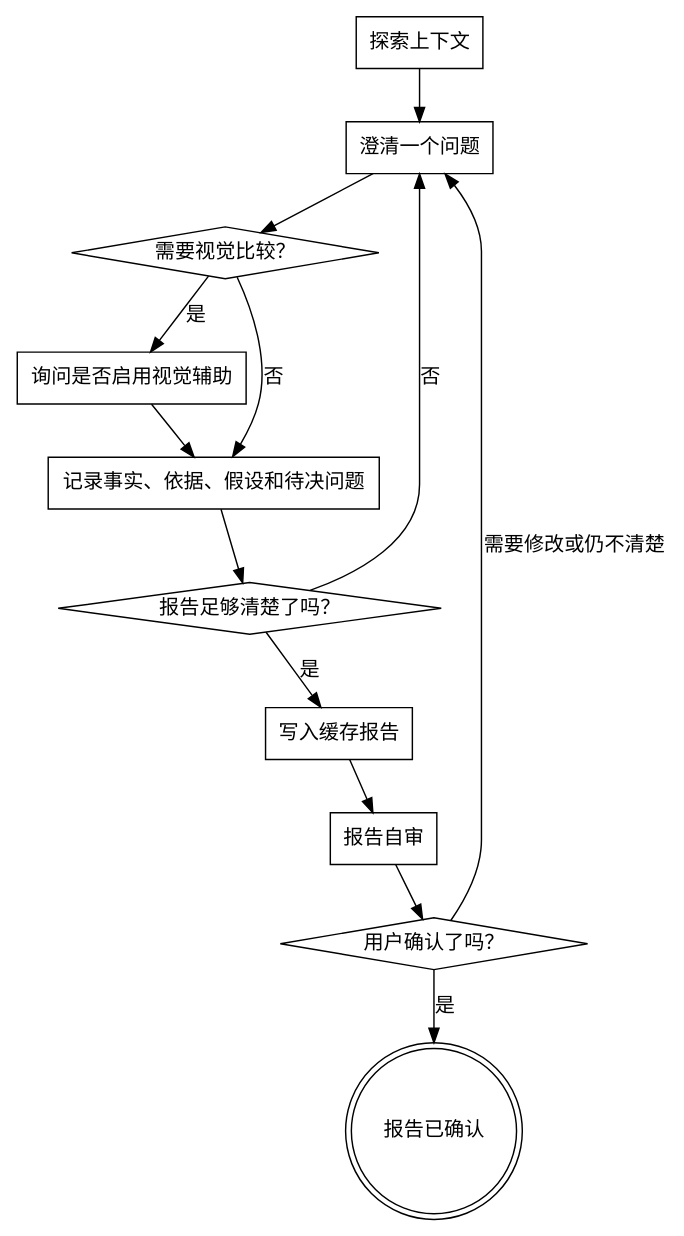
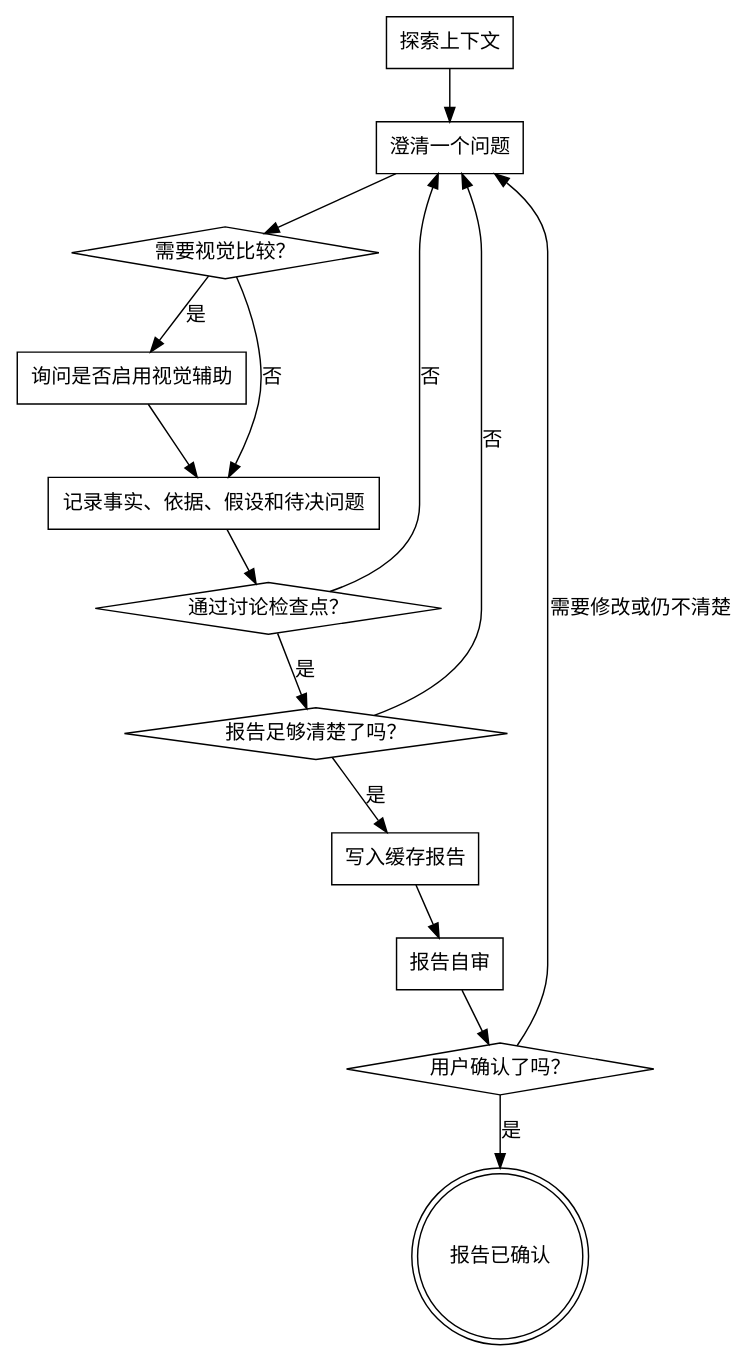
Before and after one commit to Aturan/skills: the diagram in skills/brainstorming/SKILL-zh.md, drawn with Graphviz. The commit also changed other lines of this file and 1 other file, not shown here.

````diff
--- a/skills/brainstorming/SKILL-zh.md
+++ b/skills/brainstorming/SKILL-zh.md
@@ -20,27 +26,30 @@
 ```dot
 digraph brainstorming {
     "探索上下文" [shape=box];
     "澄清一个问题" [shape=box];
     "需要视觉比较？" [shape=diamond];
     "询问是否启用视觉辅助" [shape=box];
     "记录事实、依据、假设和待决问题" [shape=box];
+    "通过讨论检查点？" [shape=diamond];
     "报告足够清楚了吗？" [shape=diamond];
     "写入缓存报告" [shape=box];
     "报告自审" [shape=box];
     "用户确认了吗？" [shape=diamond];
     "报告已确认" [shape=doublecircle];
 
     "探索上下文" -> "澄清一个问题";
     "澄清一个问题" -> "需要视觉比较？";
     "需要视觉比较？" -> "询问是否启用视觉辅助" [label="是"];
     "需要视觉比较？" -> "记录事实、依据、假设和待决问题" [label="否"];
     "询问是否启用视觉辅助" -> "记录事实、依据、假设和待决问题";
-    "记录事实、依据、假设和待决问题" -> "报告足够清楚了吗？";
+    "记录事实、依据、假设和待决问题" -> "通过讨论检查点？";
+    "通过讨论检查点？" -> "澄清一个问题" [label="否"];
+    "通过讨论检查点？" -> "报告足够清楚了吗？" [label="是"];
     "报告足够清楚了吗？" -> "澄清一个问题" [label="否"];
     "报告足够清楚了吗？" -> "写入缓存报告" [label="是"];
     "写入缓存报告" -> "报告自审";
     "报告自审" -> "用户确认了吗？";
     "用户确认了吗？" -> "澄清一个问题" [label="需要修改或仍不清楚"];
     "用户确认了吗？" -> "报告已确认" [label="是"];
 }
 ```
````
